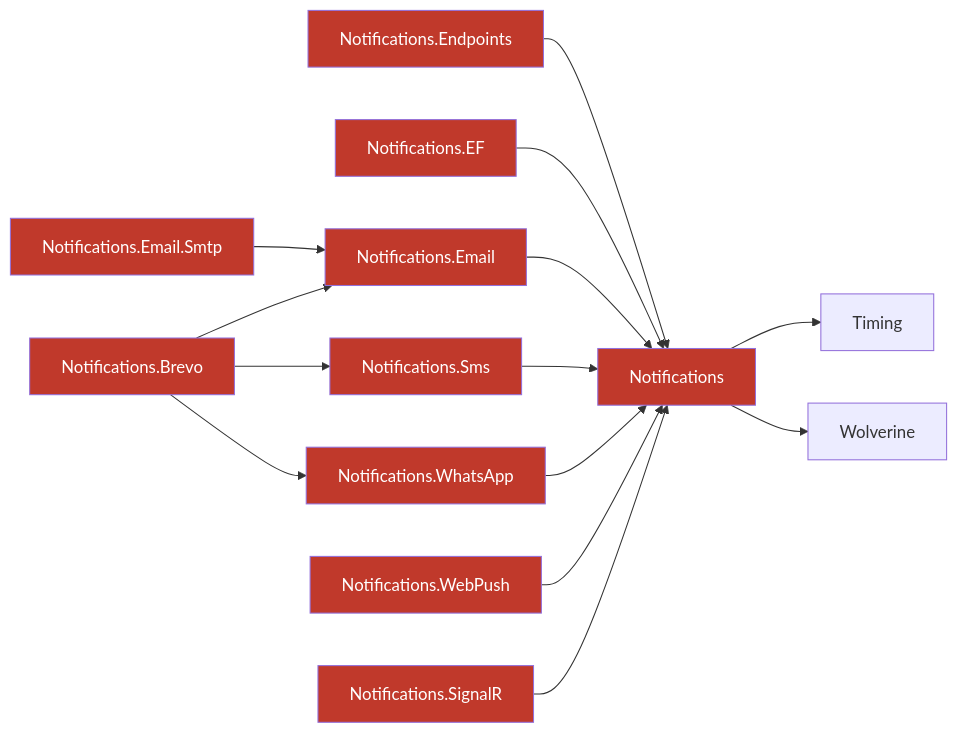
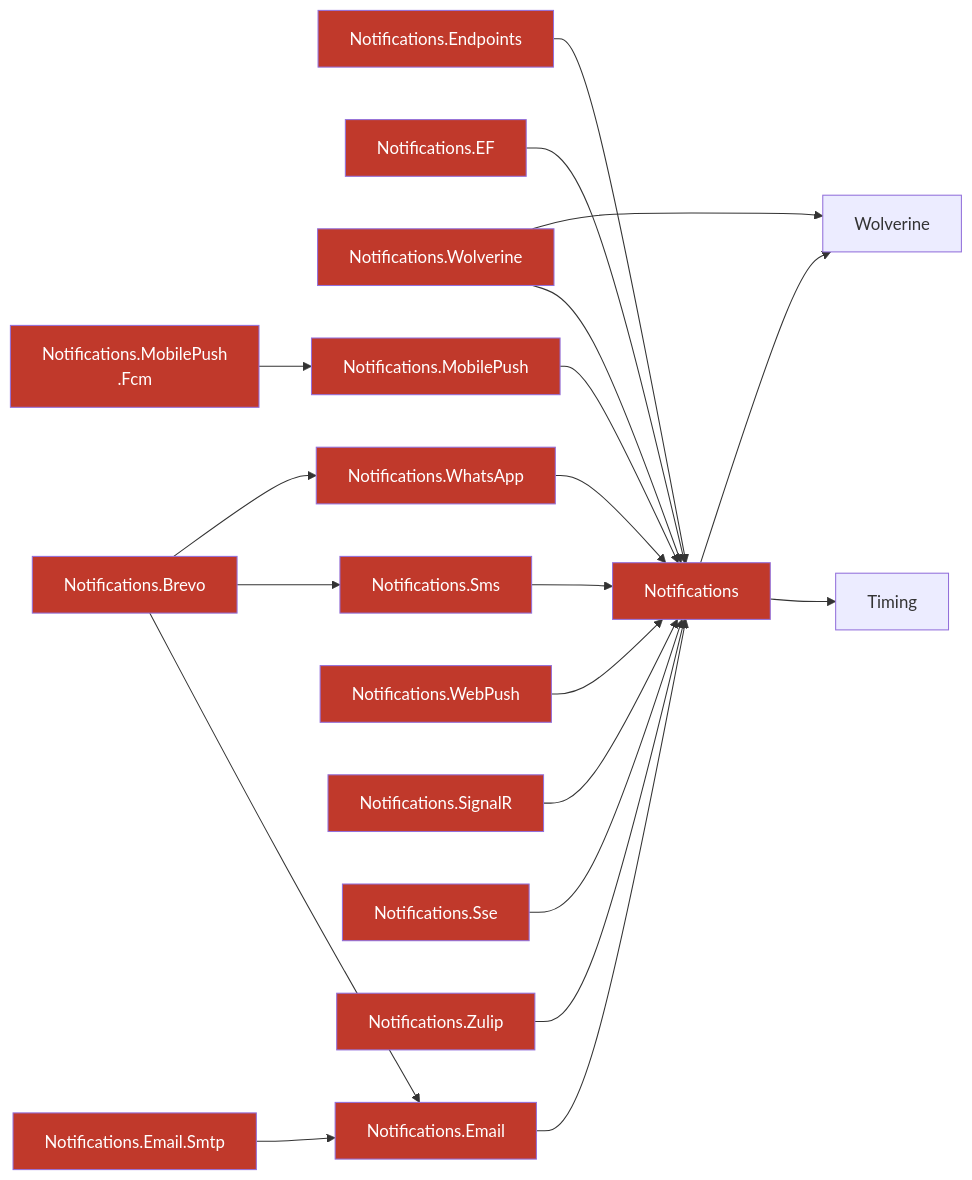
One commit to enraiz/granit-dotnet changed the third of 8 diagrams in docs/framework/dependencies.md. Above: the diagram before and after it, drawn with Mermaid. The commit also changed other lines of this file, not shown here.

First line of the commit message:
docs: update dependency graph for 111 packages (was 92)

````diff
--- a/docs/framework/dependencies.md
+++ b/docs/framework/dependencies.md
@@ -182,31 +200,44 @@
 ```mermaid
 flowchart LR
     NOTIF["Notifications"] --> TIMING["Timing"]
     NOTIF --> WOL["Wolverine"]
 
     NOTIF_EP["Notifications.Endpoints"] --> NOTIF
     NOTIF_EF["Notifications.EF"] --> NOTIF
 
+    NOTIF_WOL["Notifications.Wolverine"] --> NOTIF
+    NOTIF_WOL --> WOL
+
     NOTIF_EMAIL["Notifications.Email"] --> NOTIF
     NOTIF_SMTP["Notifications.Email.Smtp"] --> NOTIF_EMAIL
 
     NOTIF_SMS["Notifications.Sms"] --> NOTIF
     NOTIF_WA["Notifications.WhatsApp"] --> NOTIF
     NOTIF_PUSH["Notifications.WebPush"] --> NOTIF
     NOTIF_SR["Notifications.SignalR"] --> NOTIF
+    NOTIF_SSE["Notifications.Sse"] --> NOTIF
+    NOTIF_ZULIP["Notifications.Zulip"] --> NOTIF
+
+    NOTIF_MP["Notifications.MobilePush"] --> NOTIF
+    NOTIF_FCM["Notifications.MobilePush<br/>.Fcm"] --> NOTIF_MP
 
     NOTIF_BREVO["Notifications.Brevo"] --> NOTIF_EMAIL
     NOTIF_BREVO --> NOTIF_SMS
     NOTIF_BREVO --> NOTIF_WA
 
     style NOTIF fill:#c0392b,color:#fff
     style NOTIF_EP fill:#c0392b,color:#fff
     style NOTIF_EF fill:#c0392b,color:#fff
+    style NOTIF_WOL fill:#c0392b,color:#fff
     style NOTIF_EMAIL fill:#c0392b,color:#fff
     style NOTIF_SMTP fill:#c0392b,color:#fff
     style NOTIF_SMS fill:#c0392b,color:#fff
     style NOTIF_WA fill:#c0392b,color:#fff
     style NOTIF_PUSH fill:#c0392b,color:#fff
     style NOTIF_SR fill:#c0392b,color:#fff
+    style NOTIF_SSE fill:#c0392b,color:#fff
+    style NOTIF_ZULIP fill:#c0392b,color:#fff
+    style NOTIF_MP fill:#c0392b,color:#fff
+    style NOTIF_FCM fill:#c0392b,color:#fff
     style NOTIF_BREVO fill:#c0392b,color:#fff
 ```
````
